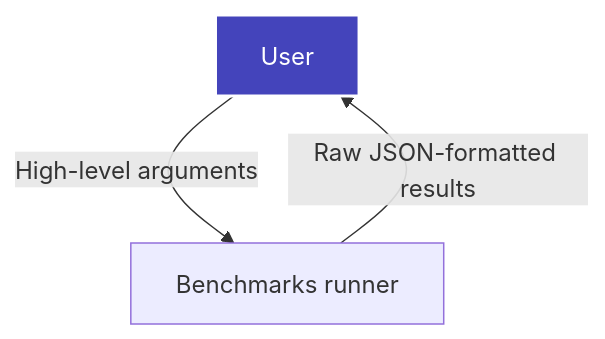
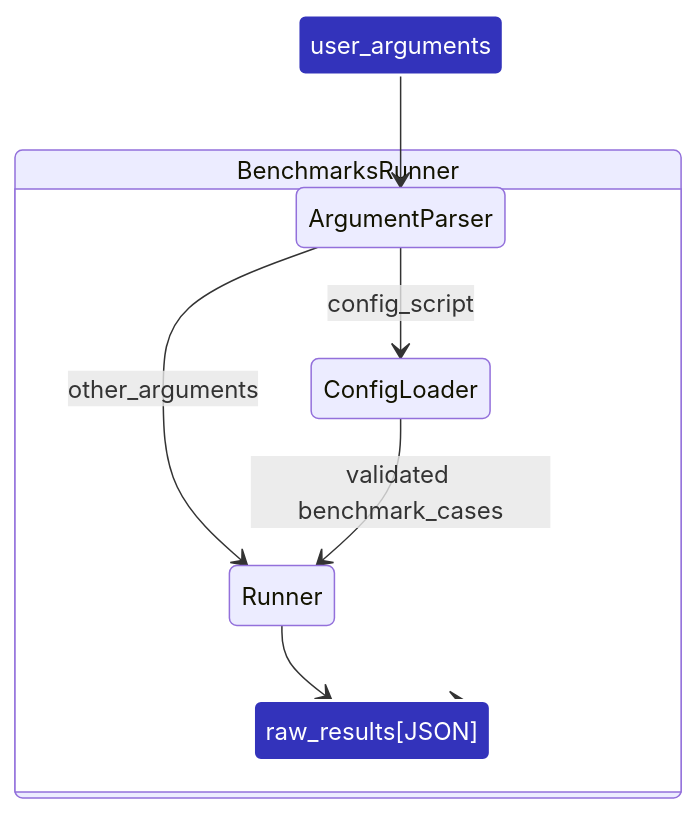
One commit to cakedev0/scikit-learn_bench changed the diagram in README.md. Above: the diagram before and after it, drawn with Mermaid. The commit also changed other lines of this file and 6 other files, not shown here.

````diff
--- a/README.md
+++ b/README.md
@@ -110,8 +119,14 @@
 ```mermaid
-flowchart TB
-    A[User] -- High-level arguments --> B[Benchmarks runner]
-    B -- Raw JSON-formatted results --> A
+stateDiagram-v2
+    classDef inputOutput fill:#33b,color:white,stroke-width:2px,stroke:white;
 
-    classDef userStyle fill:#44b,color:white,stroke-width:2px,stroke:white;
-    class A userStyle
+    user_arguments:::inputOutput --> ArgumentParser
+    BenchmarksRunner --> raw_results[JSON]:::inputOutput
+
+    state BenchmarksRunner {
+        ArgumentParser --> ConfigLoader: config_script
+        ArgumentParser --> Runner: other_arguments
+        ConfigLoader --> Runner: validated benchmark_cases
+        Runner --> raw_results[JSON]
+    }
 ```
````
